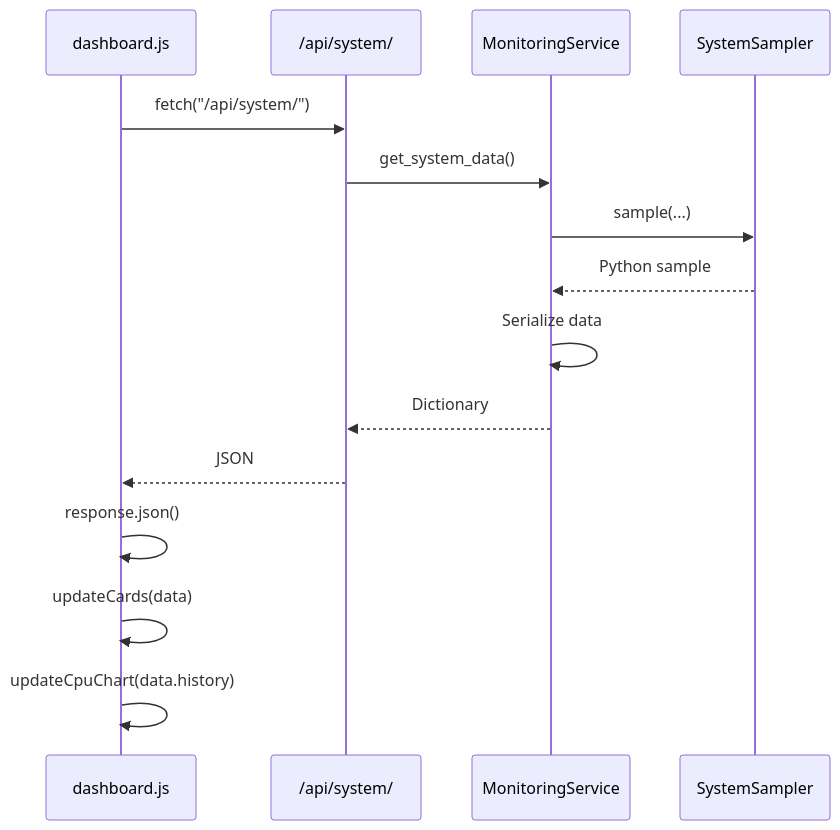
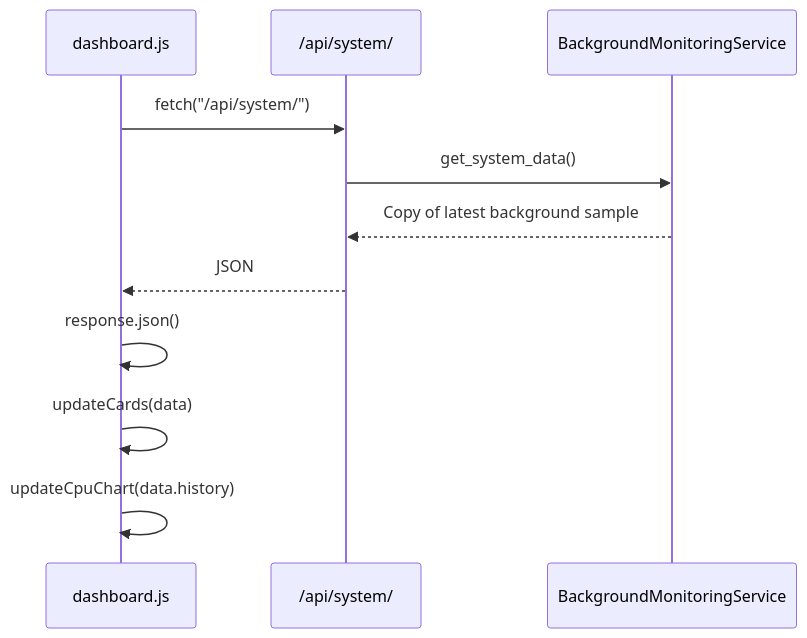
Before and after one commit to IronRon/Sys-Monitor: the eighth of 14 diagrams in docs/api.md, drawn with Mermaid. The commit also changed other lines of this file and 8 other files, not shown here.

First line of the commit message:
Refactor monitoring architecture to implement continuous background sampling

````diff
--- a/docs/api.md
+++ b/docs/api.md
@@ -1488,27 +1482,14 @@
 ```mermaid
 sequenceDiagram
     participant JS as dashboard.js
     participant API as /api/system/
-    participant Service as MonitoringService
-    participant Sampler as SystemSampler
+    participant Service as BackgroundMonitoringService
 
     JS->>API: fetch("/api/system/")
-
     API->>Service: get_system_data()
-
-    Service->>Sampler: sample(...)
-
-    Sampler-->>Service: Python sample
-
-    Service->>Service: Serialize data
-
-    Service-->>API: Dictionary
-
+    Service-->>API: Copy of latest background sample
     API-->>JS: JSON
-
     JS->>JS: response.json()
-
     JS->>JS: updateCards(data)
-
     JS->>JS: updateCpuChart(data.history)
 ```
````
